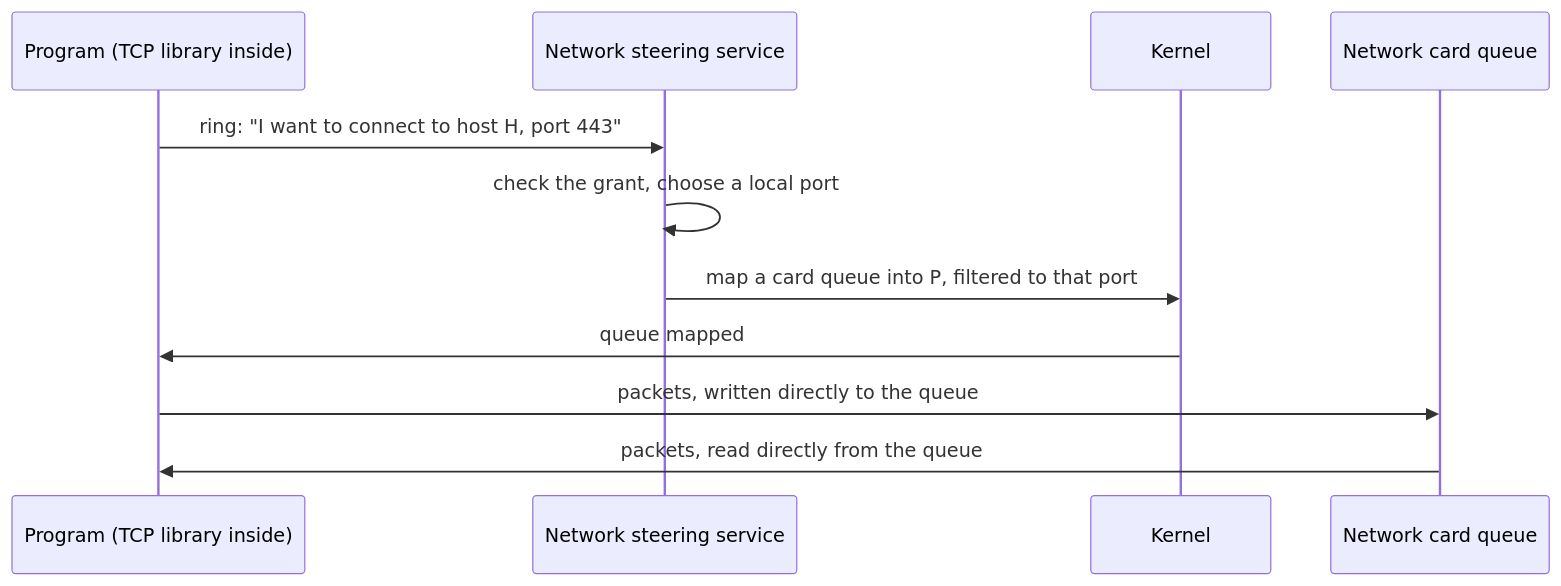
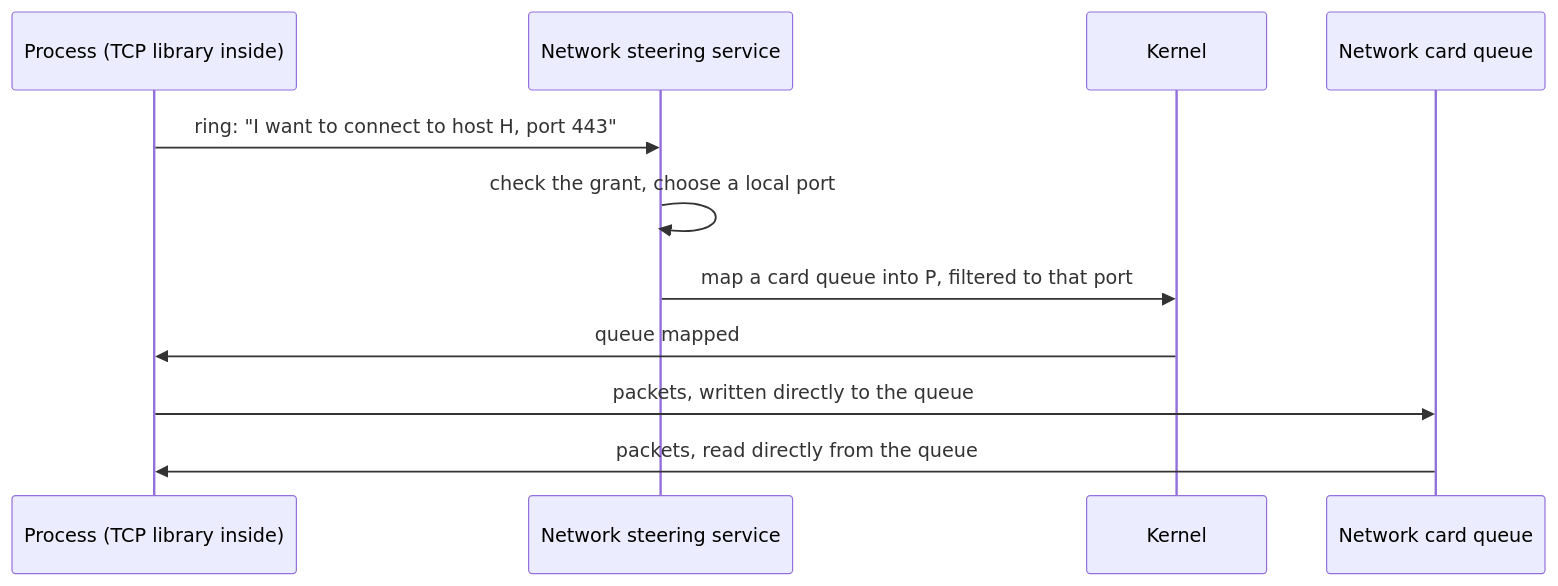
The fifth of 5 diagrams in docs/ARCHITECTURE.md (sachahjkl/modus), drawn with Mermaid before and after one commit. The commit also changed other lines of this file and 740 other files, not shown here.

Commit message:
A process in place of a program: the kernel operations, the contract, the code, the guides, the glossary and the lines of the log

````diff
--- a/docs/ARCHITECTURE.md
+++ b/docs/ARCHITECTURE.md
@@ -1624,13 +1624,13 @@
 ```mermaid
 sequenceDiagram
-  participant P as Program (TCP library inside)
+  participant P as Process (TCP library inside)
   participant N as Network steering service
   participant K as Kernel
   participant C as Network card queue
   P->>N: ring: "I want to connect to host H, port 443"
   N->>N: check the grant, choose a local port
   N->>K: map a card queue into P, filtered to that port
   K->>P: queue mapped
   P->>C: packets, written directly to the queue
   C->>P: packets, read directly from the queue
 ```
````
